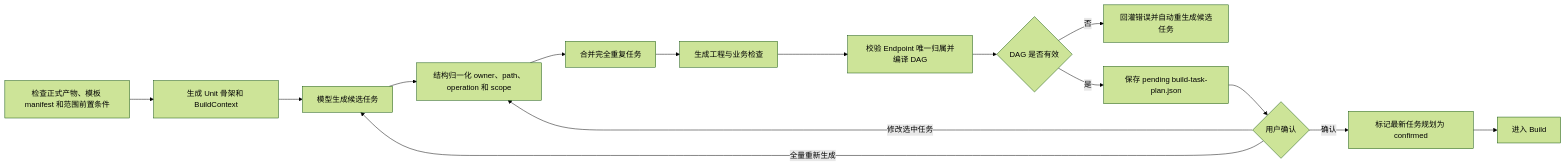
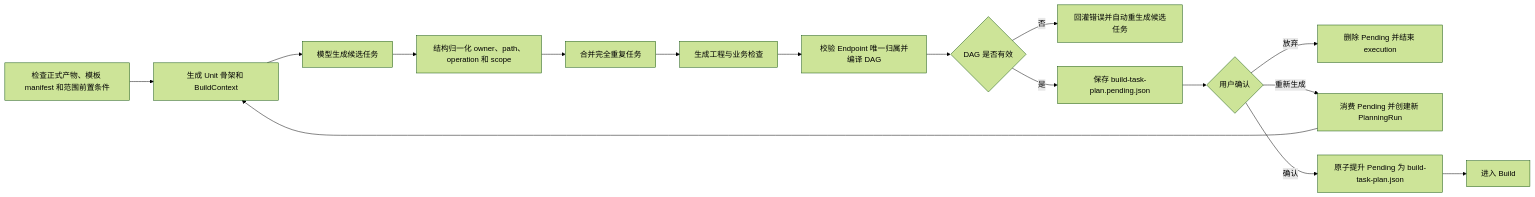
One commit to YYYWYF/XCodeAgent changed the second of 2 diagrams in docs/DAG_TASK_GENERATION_AND_VALIDATION_MININAL_CHANGE_PLAN.md. Above: the diagram before and after it, drawn with Mermaid (forest theme). The commit also changed other lines of this file and 191 other files, not shown here.

````diff
--- a/docs/DAG_TASK_GENERATION_AND_VALIDATION_MININAL_CHANGE_PLAN.md
+++ b/docs/DAG_TASK_GENERATION_AND_VALIDATION_MININAL_CHANGE_PLAN.md
@@ -78,17 +96,18 @@
 ```mermaid
 flowchart LR
     A["检查正式产物、模板 manifest 和范围前置条件"] --> B["生成 Unit 骨架和 BuildContext"]
     B --> C["模型生成候选任务"]
     C --> D["结构归一化 owner、path、operation 和 scope"]
     D --> E["合并完全重复任务"]
     E --> F["生成工程与业务检查"]
     F --> G["校验 Endpoint 唯一归属并编译 DAG"]
     G --> V{"DAG 是否有效"}
     V -- "否" --> H["回灌错误并自动重生成候选任务"]
-    V -- "是" --> I["保存 pending build-task-plan.json"]
+    V -- "是" --> I["保存 build-task-plan.pending.json"]
     I --> J{"用户确认"}
-    J -- "修改选中任务" --> D
-    J -- "全量重新生成" --> C
-    J -- "确认" --> K["标记最新任务规划为 confirmed"]
+    J -- "放弃" --> X["删除 Pending 并结束 execution"]
+    J -- "重新生成" --> R["消费 Pending 并创建新 PlanningRun"]
+    R --> B
+    J -- "确认" --> K["原子提升 Pending 为 build-task-plan.json"]
     K --> L["进入 Build"]
 ```
````
